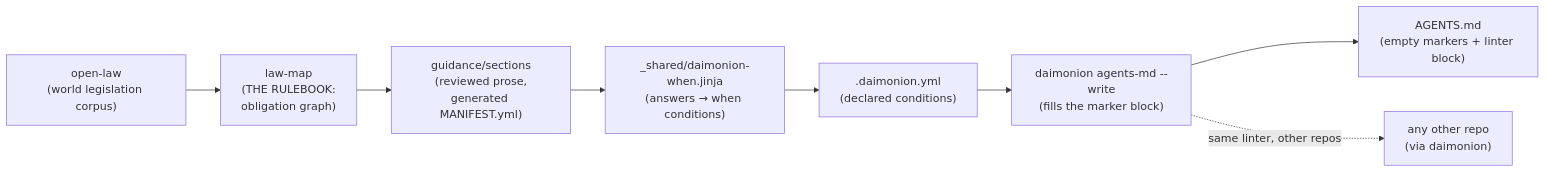
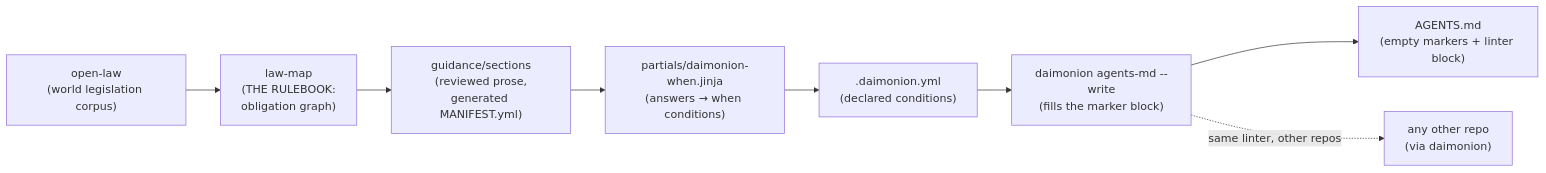
One commit to kasi-x/python-copier-template changed the third of 4 diagrams in docs/explanations/flows.md. Above: the diagram before and after it, drawn with Mermaid. The commit also changed 184 other files, not shown here.

````diff
--- a/docs/explanations/flows.md
+++ b/docs/explanations/flows.md
@@ -71,10 +71,10 @@
 ```mermaid
 flowchart LR
     OL["open-law<br/>(world legislation corpus)"] --> LM["law-map<br/>(THE RULEBOOK:<br/>obligation graph)"]
     LM --> CX["guidance/sections<br/>(reviewed prose,<br/>generated MANIFEST.yml)"]
-    CX --> DW["_shared/daimonion-when.jinja<br/>(answers → when conditions)"]
+    CX --> DW["partials/daimonion-when.jinja<br/>(answers → when conditions)"]
     DW --> DC[".daimonion.yml<br/>(declared conditions)"]
     DC --> AM["daimonion agents-md --write<br/>(fills the marker block)"]
     AM --> AG["AGENTS.md<br/>(empty markers + linter block)"]
     AM -.->|"same linter, other repos"| OTHER["any other repo<br/>(via daimonion)"]
 ```
````
